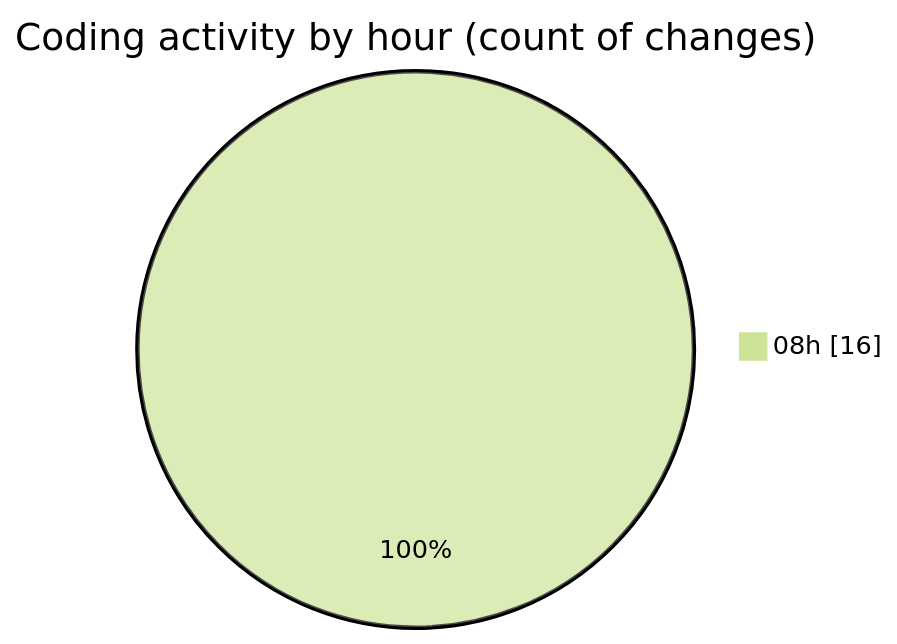
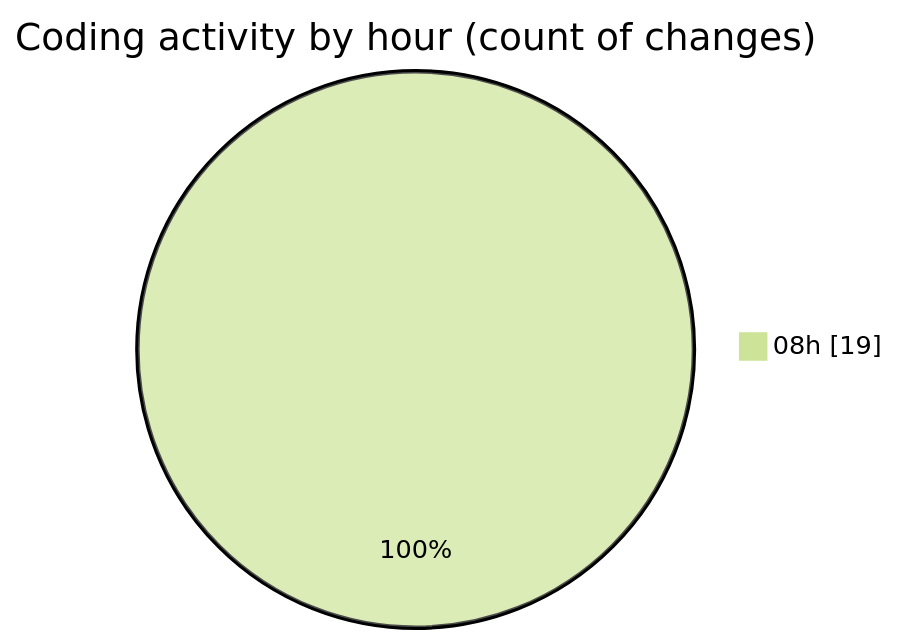
Before and after one commit to charlie-sans/code-tracking: the second of 2 diagrams in 2025-04-29/c-masm/README.md, drawn with Mermaid (forest theme). The commit also changed other lines of this file and 1 other file, not shown here.

````diff
--- a/2025-04-29/c-masm/README.md
+++ b/2025-04-29/c-masm/README.md
@@ -36,5 +36,5 @@
 ```mermaid
 pie showData
 title Coding activity by hour (count of changes)
-"08h" : 16
+"08h" : 19
 ```
````
